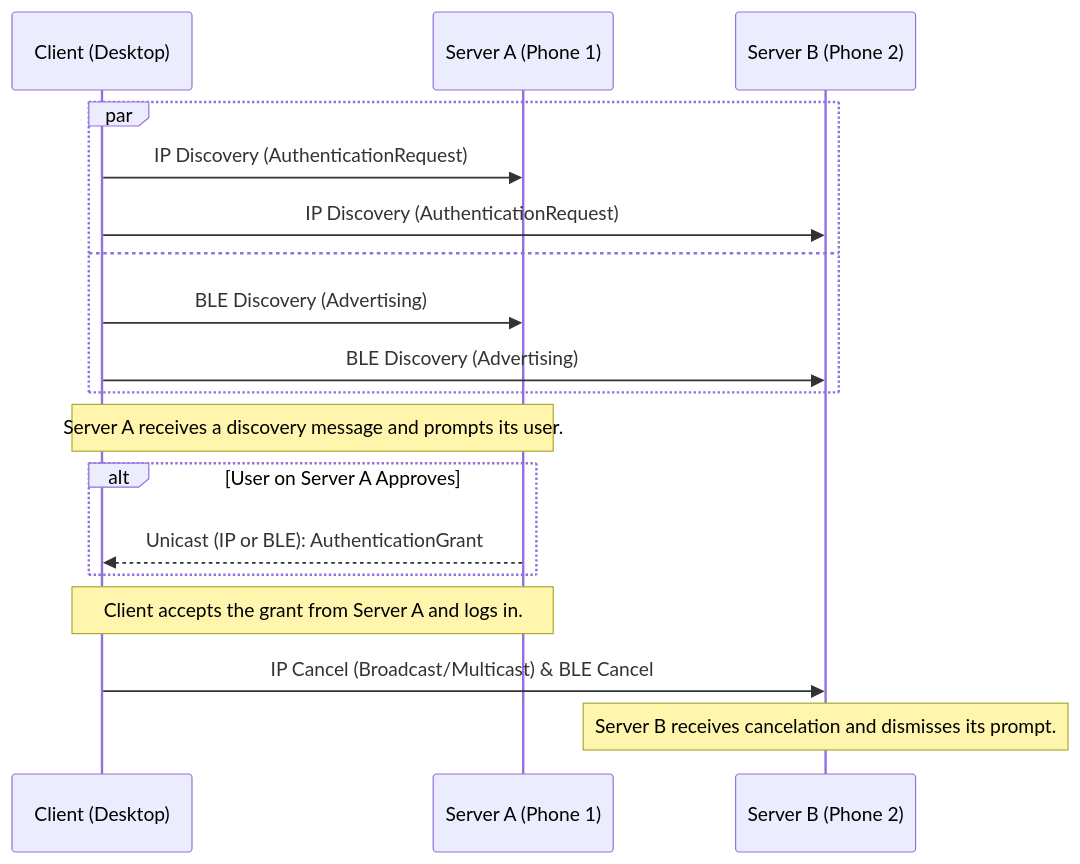
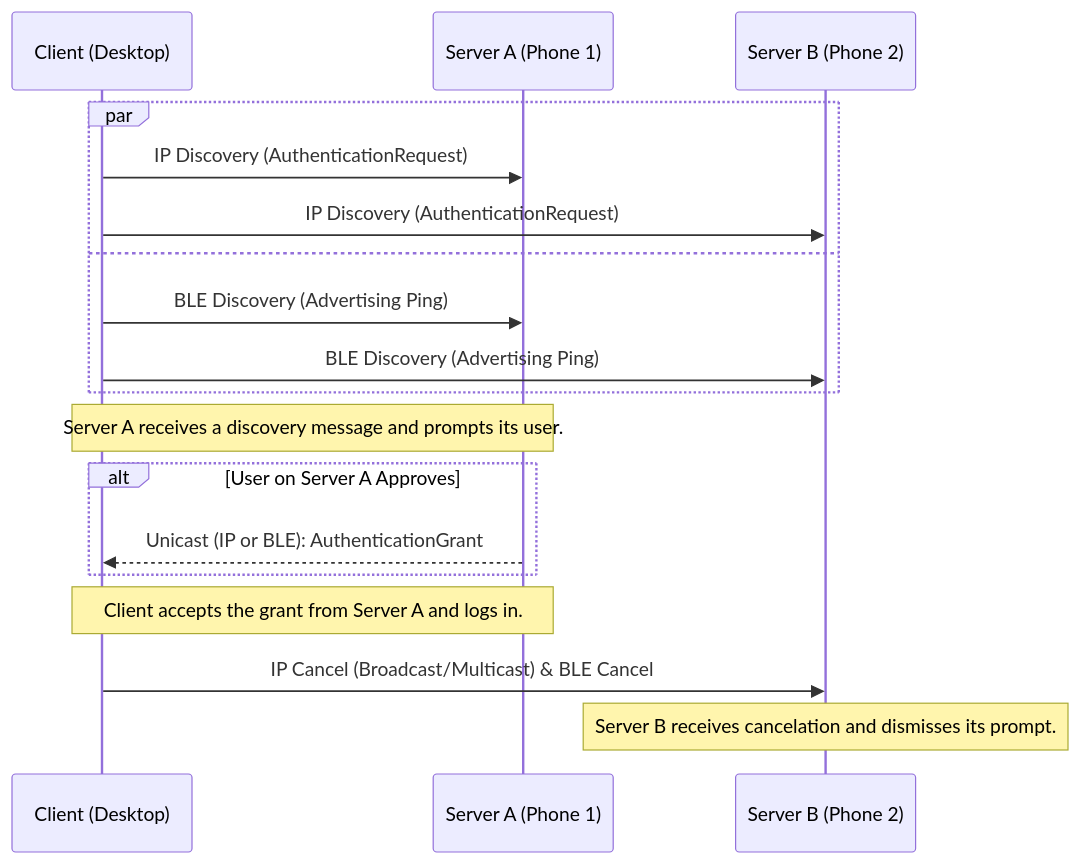
Before and after one commit to Lolle2000la/tapauth: the diagram in docs/design-documents/protocoll/authentication-flow.md, drawn with Mermaid. The commit also changed other lines of this file and 1 other file, not shown here.

````diff
--- a/docs/design-documents/protocoll/authentication-flow.md
+++ b/docs/design-documents/protocoll/authentication-flow.md
@@ -12,24 +12,24 @@
 ```mermaid
 sequenceDiagram
     participant Client (Desktop)
     participant Server A (Phone 1)
     participant Server B (Phone 2)
 
     par
         Client (Desktop)->>Server A (Phone 1): IP Discovery (AuthenticationRequest)
         Client (Desktop)->>Server B (Phone 2): IP Discovery (AuthenticationRequest)
     and
-        Client (Desktop)->>Server A (Phone 1): BLE Discovery (Advertising)
-        Client (Desktop)->>Server B (Phone 2): BLE Discovery (Advertising)
+        Client (Desktop)->>Server A (Phone 1): BLE Discovery (Advertising Ping)
+        Client (Desktop)->>Server B (Phone 2): BLE Discovery (Advertising Ping)
     end
 
     Note over Client (Desktop), Server A (Phone 1): Server A receives a discovery message and prompts its user.
     
     alt User on Server A Approves
         Server A (Phone 1)-->>Client (Desktop): Unicast (IP or BLE): AuthenticationGrant
     end
     
     Note over Client (Desktop), Server A (Phone 1): Client accepts the grant from Server A and logs in.
     Client (Desktop)->>Server B (Phone 2): IP Cancel (Broadcast/Multicast) & BLE Cancel
     Note over Server B (Phone 2): Server B receives cancelation and dismisses its prompt.
 ```
````
